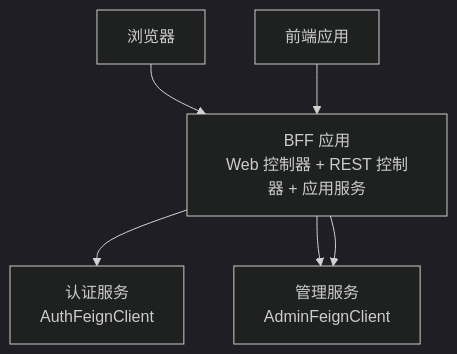
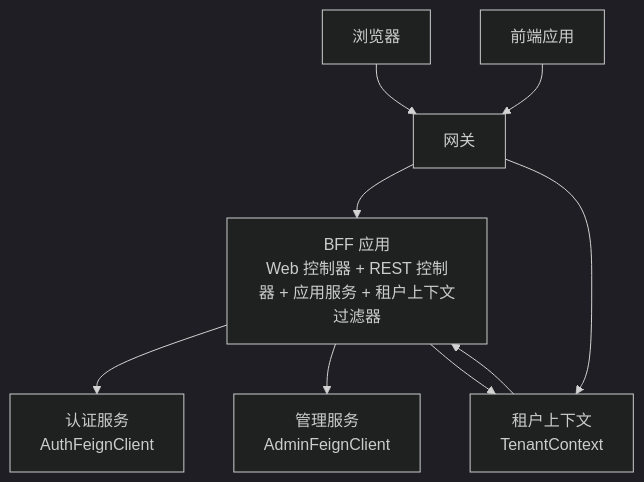
One commit to fq0121104930716/iam-platform changed the second of 8 diagrams in .qoder/repowiki/zh/content/核心模块/前端代理服务器 (iam-bff-server).md. Above: the diagram before and after it, drawn with Mermaid (dark theme). The commit also changed other lines of this file and 13 other files, not shown here.

````diff
--- a/.qoder/repowiki/zh/content/核心模块/前端代理服务器 (iam-bff-server).md
+++ b/.qoder/repowiki/zh/content/核心模块/前端代理服务器 (iam-bff-server).md
@@ -147,13 +157,18 @@
 ```mermaid
 graph TB
 Browser["浏览器"]
 FrontendApp["前端应用"]
-BFF["BFF 应用<br/>Web 控制器 + REST 控制器 + 应用服务"]
+BFF["BFF 应用<br/>Web 控制器 + REST 控制器 + 应用服务 + 租户上下文过滤器"]
 AuthSvc["认证服务<br/>AuthFeignClient"]
 AdminSvc["管理服务<br/>AdminFeignClient"]
-Browser --> BFF
-FrontendApp --> BFF
+Gateway["网关"]
+TenantCtx["租户上下文<br/>TenantContext"]
+Browser --> Gateway
+FrontendApp --> Gateway
+Gateway --> BFF
 BFF --> AuthSvc
 BFF --> AdminSvc
-BFF --> AdminSvc
+BFF --> TenantCtx
+Gateway --> TenantCtx
+TenantCtx --> BFF
 ```
````
